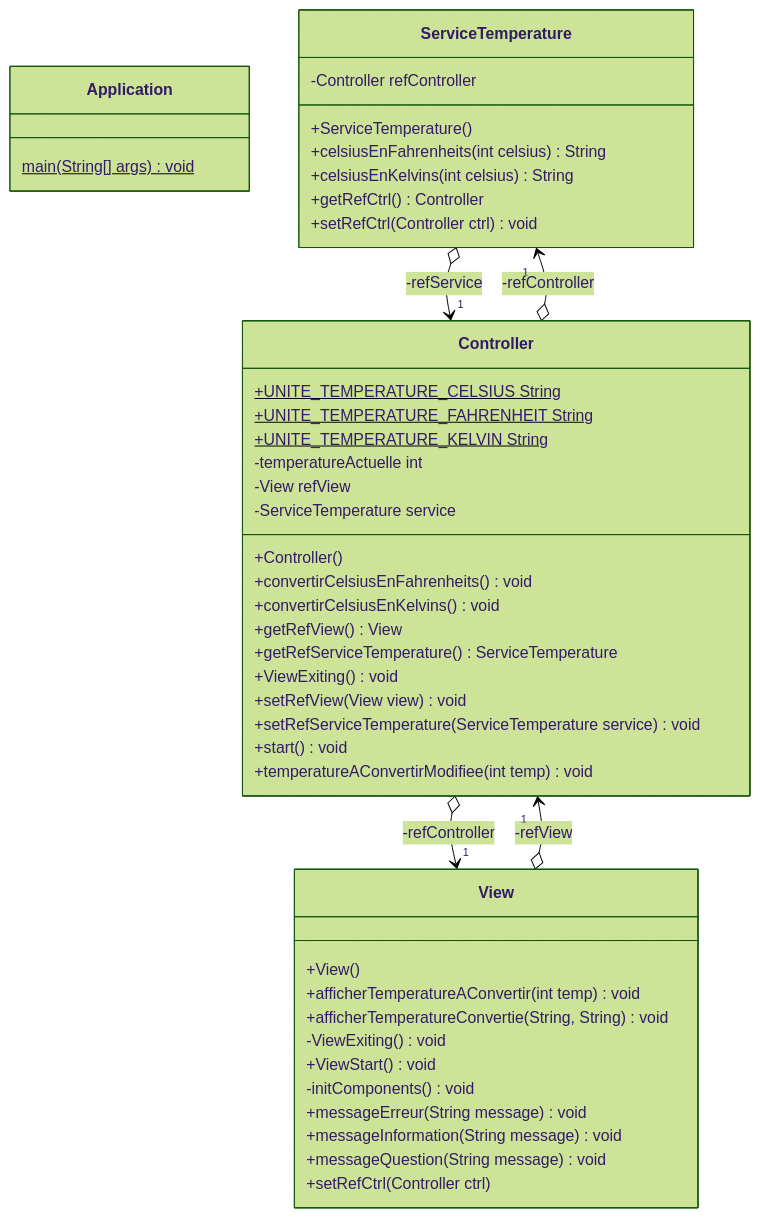
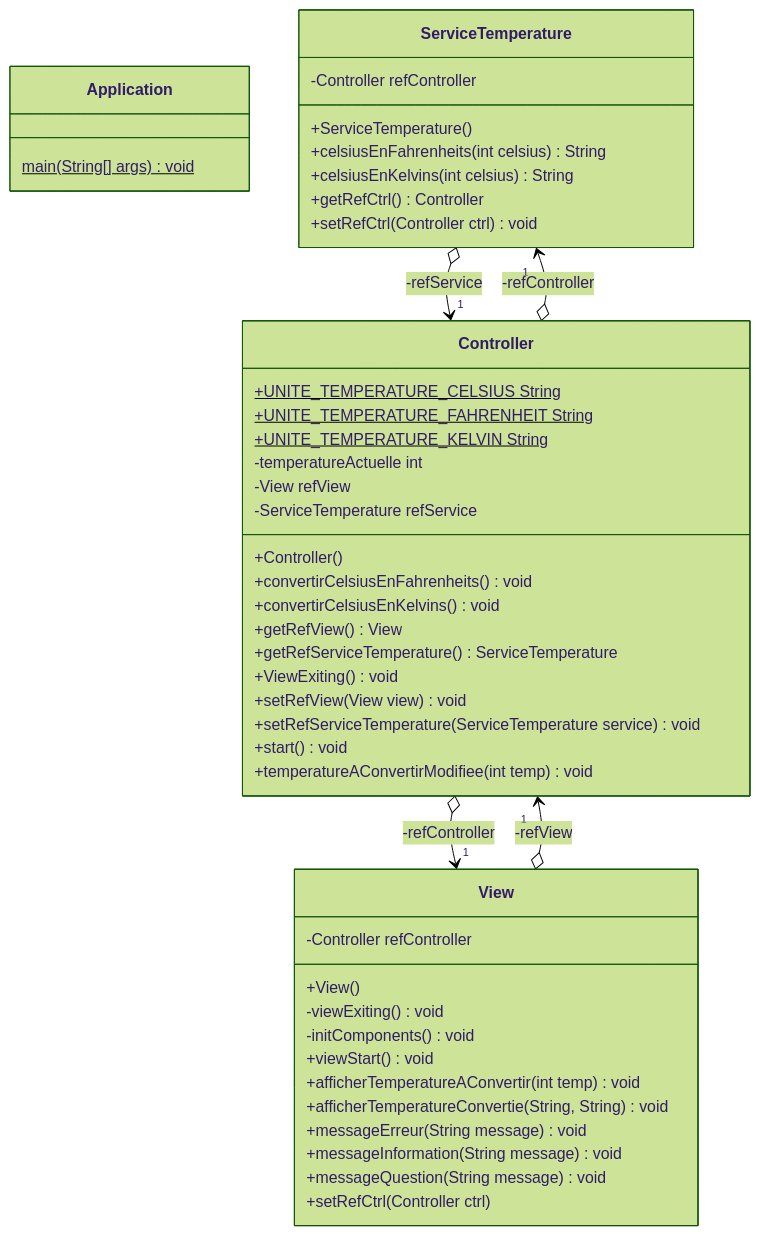
Before and after one commit to emf-info-d400/Ex07-ConvertisseurTemperature: the first of 3 diagrams in README.md, drawn with Mermaid (forest theme). The commit also changed other lines of this file and 59 other files, not shown here.

````diff
--- a/README.md
+++ b/README.md
@@ -15,54 +15,55 @@
 ```mermaid 
 classDiagram
 
 class Application {
     main(String[] args) void$    
 }
 
 class ServiceTemperature {
     -Controller refController
     +ServiceTemperature()
     +celsiusEnFahrenheits(int celsius) String
     +celsiusEnKelvins(int celsius) String
     +getRefCtrl() Controller
     +setRefCtrl(Controller ctrl) void
 }
 
 class Controller {
     +UNITE_TEMPERATURE_CELSIUS String$
     +UNITE_TEMPERATURE_FAHRENHEIT String$
     +UNITE_TEMPERATURE_KELVIN String$
     -temperatureActuelle int
     -View refView
-    -ServiceTemperature service
+    -ServiceTemperature refService
     +Controller()
     +convertirCelsiusEnFahrenheits() void
     +convertirCelsiusEnKelvins() void
     +getRefView() View
     +getRefServiceTemperature() ServiceTemperature
     +ViewExiting() void
     +setRefView(View view) void
     +setRefServiceTemperature(ServiceTemperature service) void
     +start() void
     +temperatureAConvertirModifiee(int temp) void
 }
 
 class View {
+    -Controller refController
     +View()
+    -viewExiting() void
+    -initComponents() void
+    +viewStart() void
     +afficherTemperatureAConvertir(int temp) void
     +afficherTemperatureConvertie(String, String) void
-    -ViewExiting() void
-    +ViewStart() void
-    -initComponents() void
     +messageErreur(String message) void
     +messageInformation(String message) void
     +messageQuestion(String message) void
     +setRefCtrl(Controller ctrl)
  }
 
 Controller o--> "1" ServiceTemperature : -refController
 ServiceTemperature o--> "1" Controller : -refService
 View o--> "1" Controller : -refView
 Controller o--> "1" View : -refController
 
 ```
````
